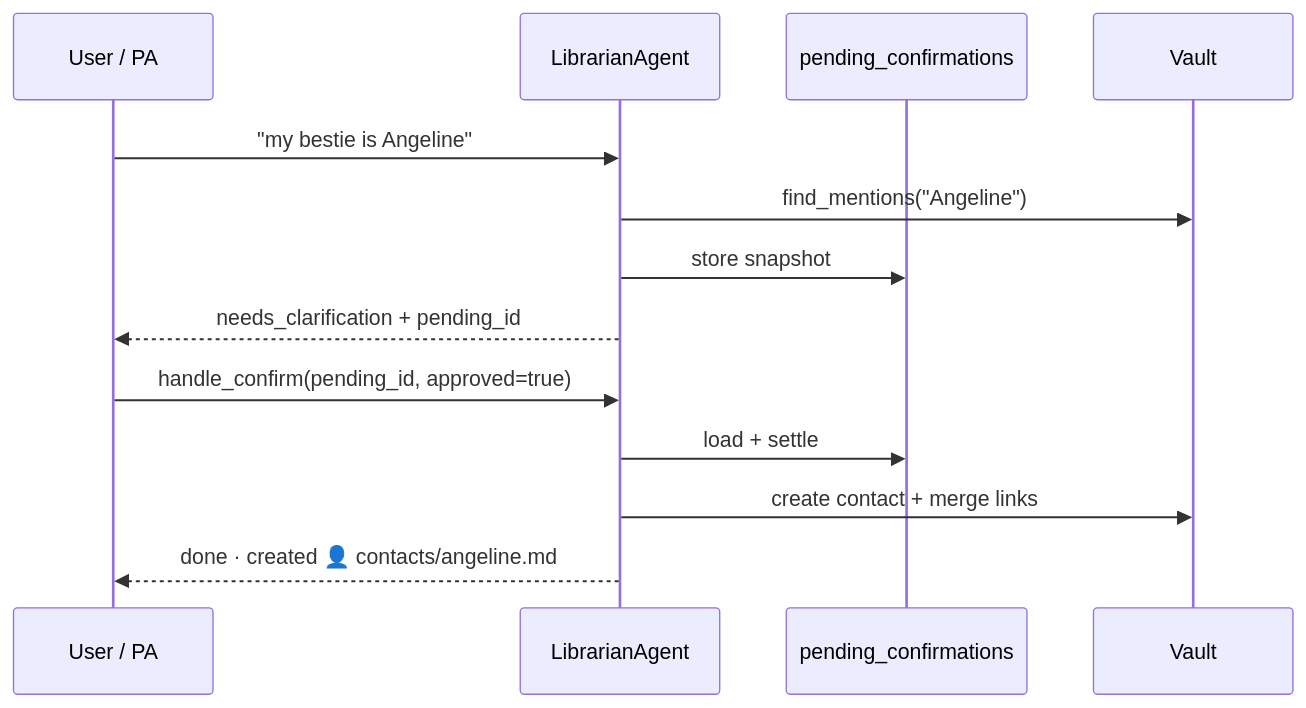
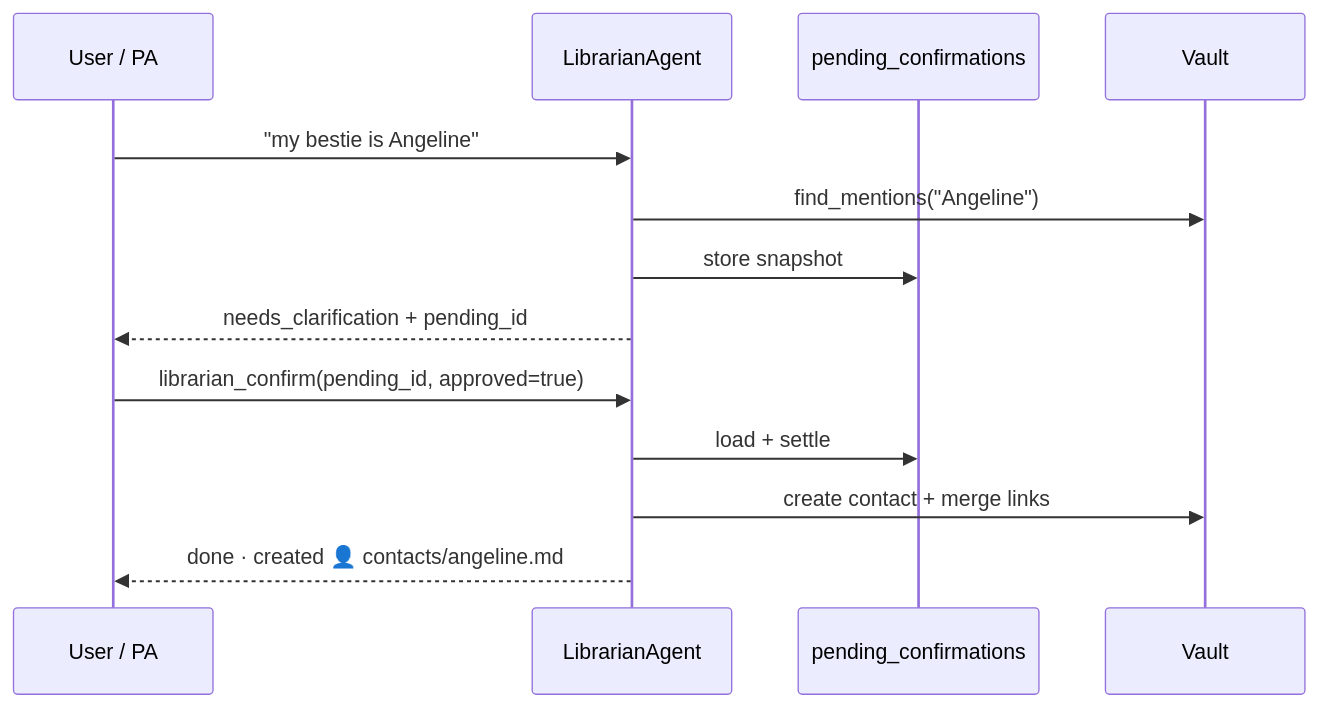
Before and after one commit to Chelle007/librarian-agent: the second of 2 diagrams in docs/Stage 2 Architecture Flow (Jul 9).md, drawn with Mermaid. The commit also changed other lines of this file and 2 other files, not shown here.

First line of the commit message:
Allow handle() to confirm pending actions via pending_id and approved.

````diff
--- a/docs/Stage 2 Architecture Flow (Jul 9).md
+++ b/docs/Stage 2 Architecture Flow (Jul 9).md
@@ -146,17 +146,17 @@
 ```mermaid
 sequenceDiagram
     participant U as User / PA
     participant A as LibrarianAgent
     participant DB as pending_confirmations
     participant V as Vault
 
     U->>A: "my bestie is Angeline"
     A->>V: find_mentions("Angeline")
     A->>DB: store snapshot
     A-->>U: needs_clarification + pending_id
 
-    U->>A: handle_confirm(pending_id, approved=true)
+    U->>A: librarian_confirm(pending_id, approved=true)
     A->>DB: load + settle
     A->>V: create contact + merge links
     A-->>U: done · created 👤 contacts/angeline.md
 ```
````
